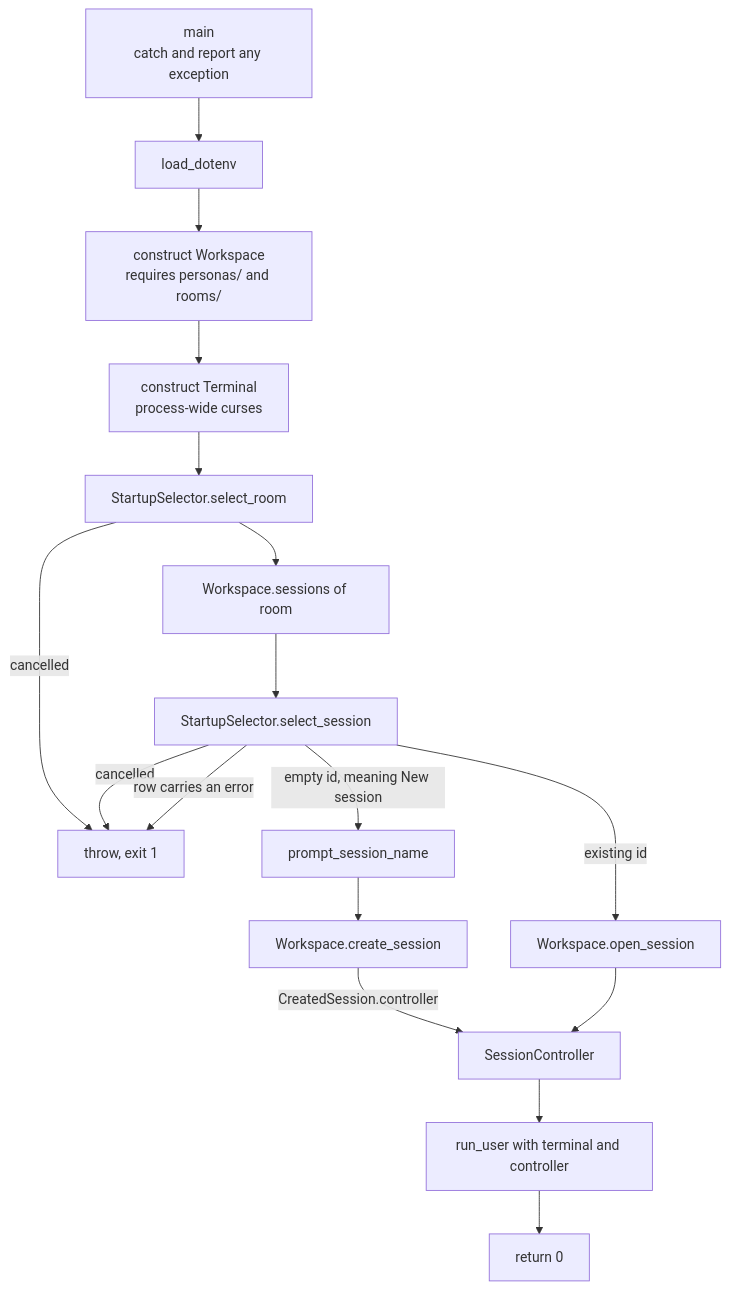
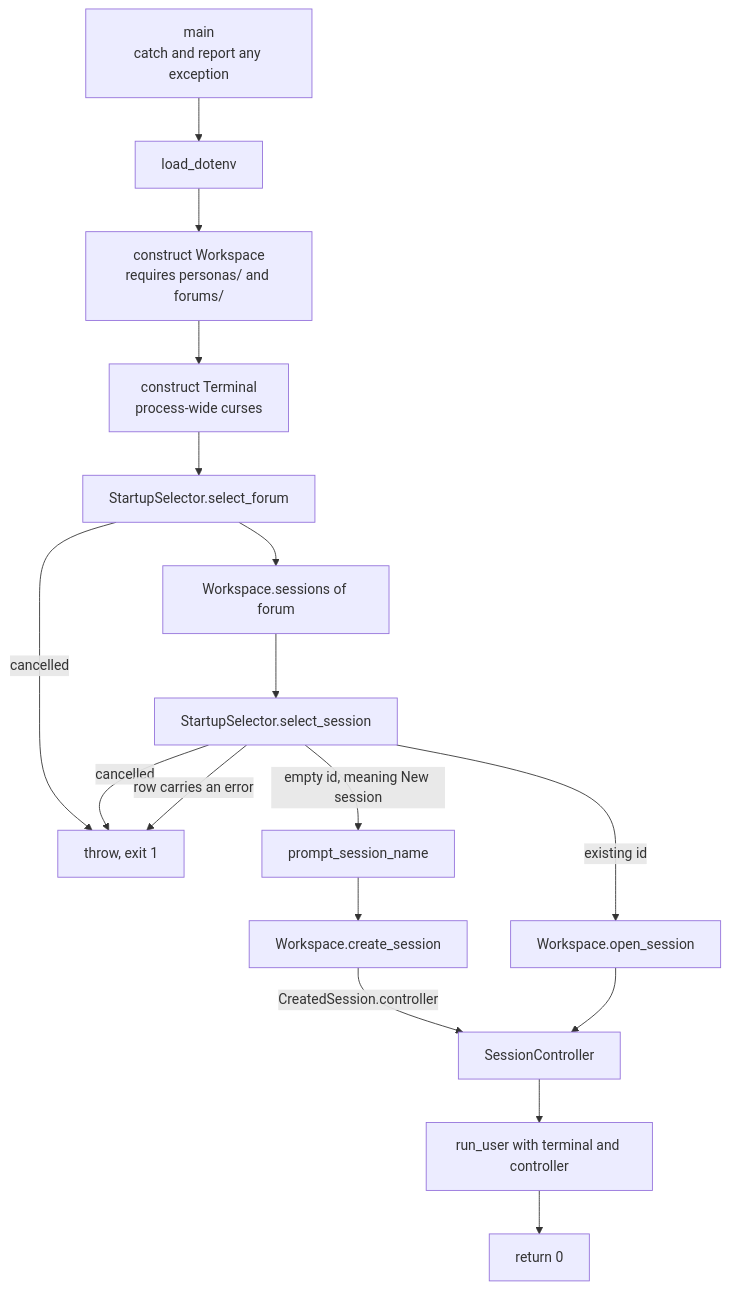
One commit to michaelpopov/cha changed the diagram in src/apps/README.md. Above: the diagram before and after it, drawn with Mermaid. The commit also changed other lines of this file and 59 other files, not shown here.

Commit message:
Rename room to forum

````diff
--- a/src/apps/README.md
+++ b/src/apps/README.md
@@ -17,19 +17,19 @@
 ```mermaid
 flowchart TD
     a["main<br/>catch and report any exception"] --> b["load_dotenv"]
-    b --> c["construct Workspace<br/>requires personas/ and rooms/"]
+    b --> c["construct Workspace<br/>requires personas/ and forums/"]
     c --> d["construct Terminal<br/>process-wide curses"]
-    d --> e["StartupSelector.select_room"]
+    d --> e["StartupSelector.select_forum"]
     e -->|"cancelled"| x["throw, exit 1"]
-    e --> f["Workspace.sessions of room"]
+    e --> f["Workspace.sessions of forum"]
     f --> g["StartupSelector.select_session"]
     g -->|"cancelled"| x
     g -->|"row carries an error"| x
     g -->|"empty id, meaning New session"| h["prompt_session_name"]
     h --> i["Workspace.create_session"]
     g -->|"existing id"| j["Workspace.open_session"]
     i -->|"CreatedSession.controller"| k["SessionController"]
     j --> k
     k --> l["run_user with terminal and controller"]
     l --> m["return 0"]
 ```
````
